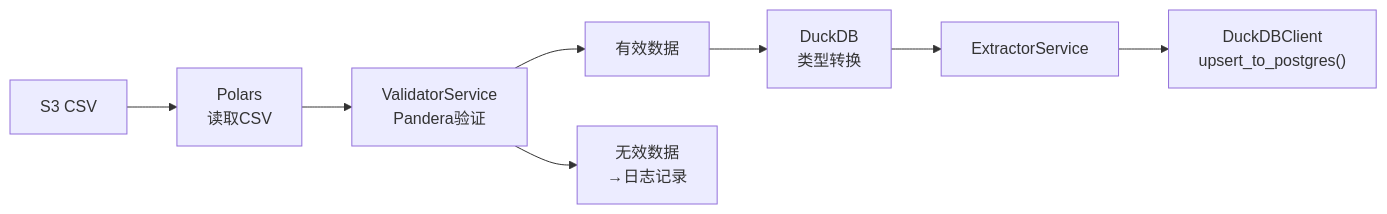
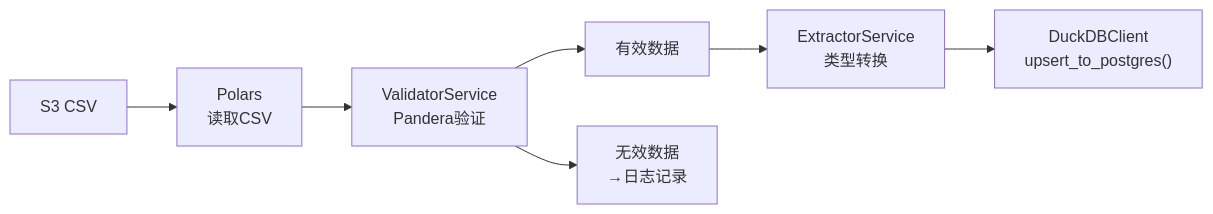
Before and after one commit to zhj0513/small_etl: the eighth of 8 diagrams in doc/architecture.md, drawn with Mermaid. The commit also changed other lines of this file and 3 other files, not shown here.

````diff
--- a/doc/architecture.md
+++ b/doc/architecture.md
@@ -1025,10 +948,9 @@
 ```mermaid
 flowchart LR
     S3["S3 CSV"] --> Polars["Polars\n读取CSV"]
     Polars --> Validate["ValidatorService\nPandera验证"]
     Validate --> Valid["有效数据"]
     Validate --> Invalid["无效数据\n→日志记录"]
-    Valid --> DuckDB["DuckDB\n类型转换"]
-    DuckDB --> Extract["ExtractorService"]
-    Extract --> UPSERT["DuckDBClient\nupsert_to_postgres()"]
+    Valid --> Transform["ExtractorService\n类型转换"]
+    Transform --> UPSERT["DuckDBClient\nupsert_to_postgres()"]
 ```
````
